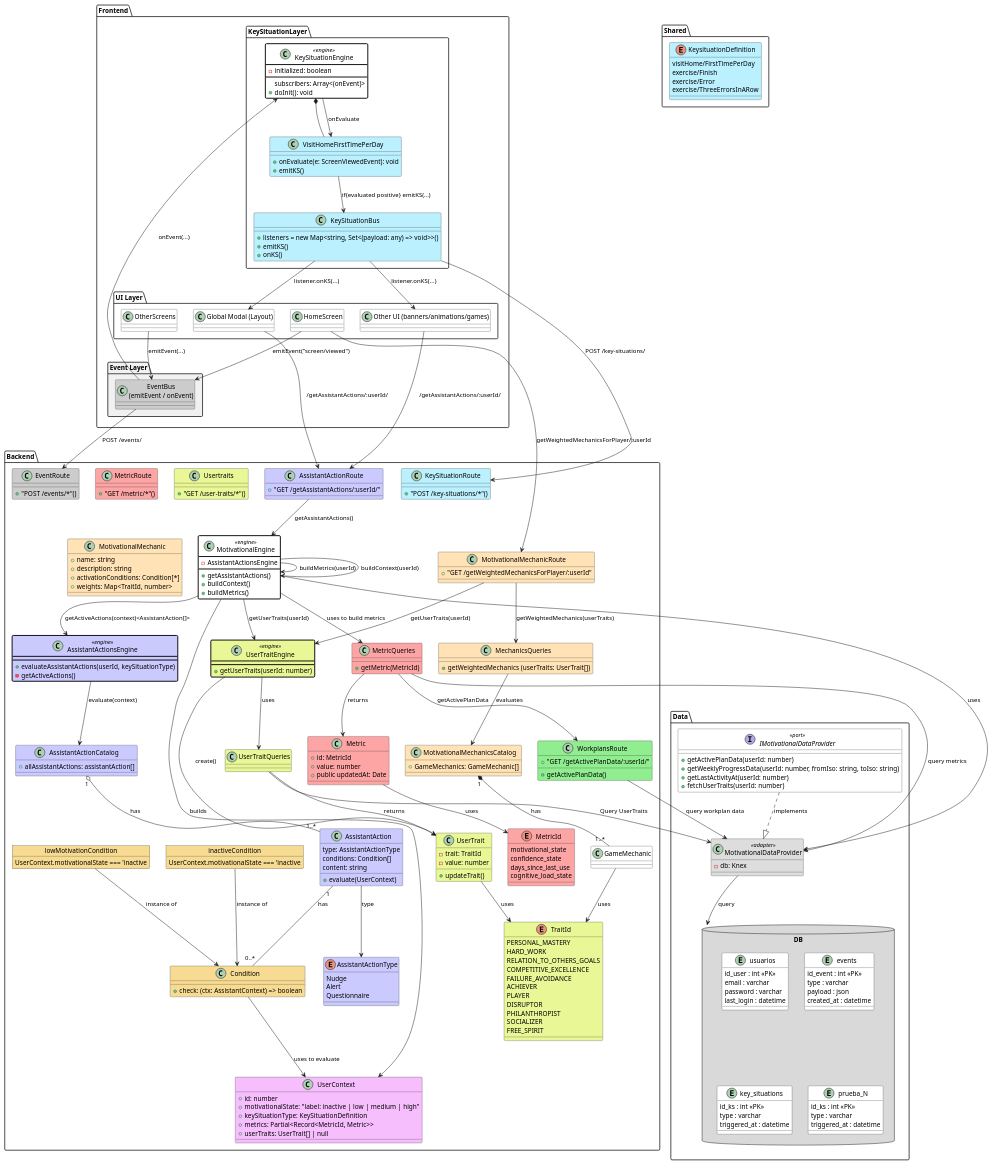
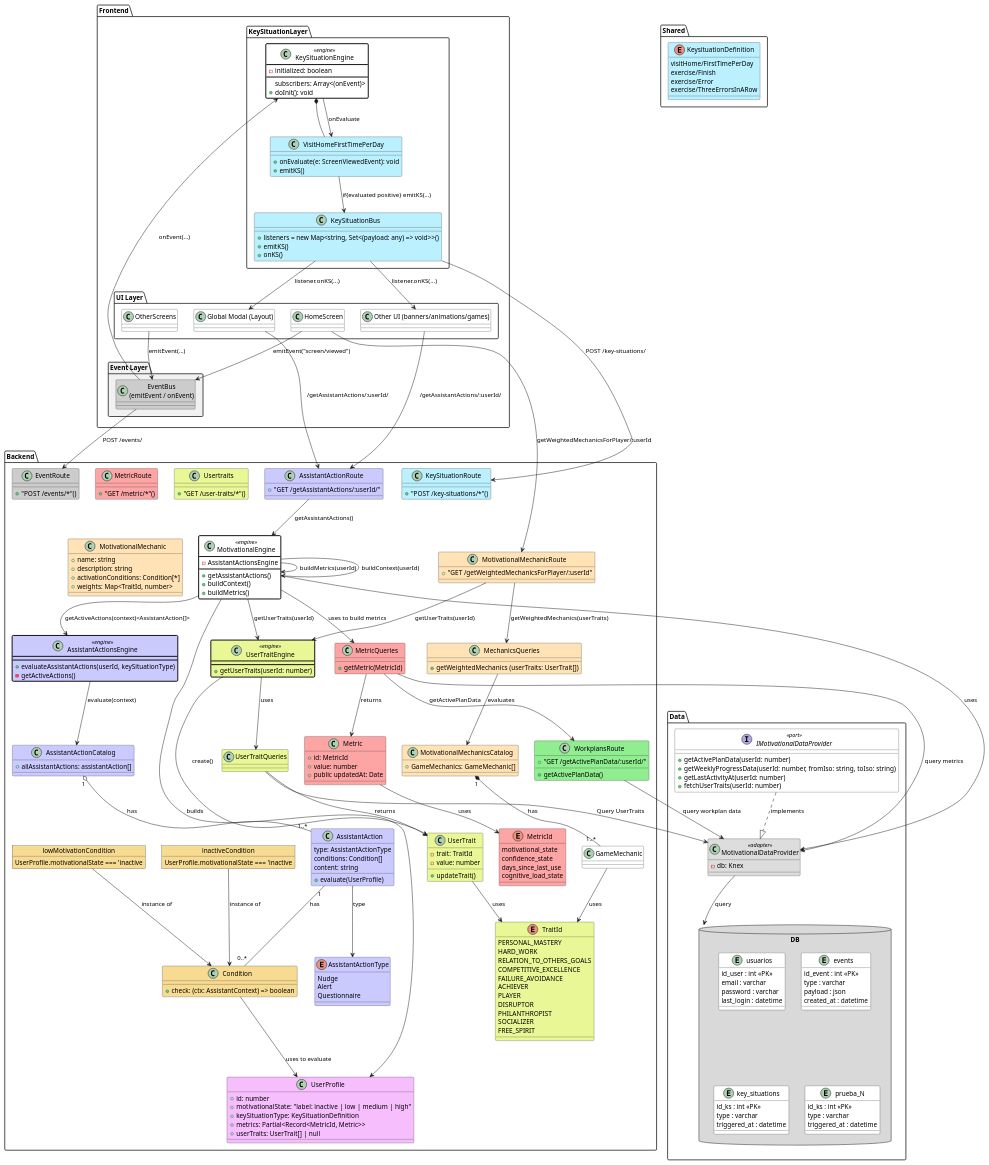
One commit to Maks-stack/ontology changed the first of 2 diagrams in Architecture/DetailedImplementationArchitecture.puml. Above: the diagram before and after it, drawn with PlantUML. The commit also changed 53 other files, not shown here.

```diff
--- a/Architecture/DetailedImplementationArchitecture.puml
+++ b/Architecture/DetailedImplementationArchitecture.puml
@@ -88,7 +88,7 @@
   class UserTraitQueries #eaf797ff {
   }
 
-  class UserContext #f7befeff {
+  class UserProfile #f7befeff {
     + id: number
     + motivationalState: "label: inactive | low |  medium | high"  
     + keySituationType: KeySituationDefinition
@@ -120,7 +120,7 @@
     type: AssistantActionType
 	  conditions: Condition[]
 	  content: string
-    + evaluate(UserContext)
+    + evaluate(UserProfile)
   }
   AssistantAction --> AssistantActionType : type
 
@@ -132,12 +132,12 @@
     +check: (ctx: AssistantContext) => boolean
   }
   object inactiveCondition #f8db92ff {
-    UserContext.motivationalState === 'inactive
+    UserProfile.motivationalState === 'inactive
   }
   inactiveCondition --> Condition : instance of
 
   object lowMotivationCondition #f8db92ff {
-    UserContext.motivationalState === 'inactive
+    UserProfile.motivationalState === 'inactive
   }
   lowMotivationCondition --> Condition : instance of
   
@@ -301,6 +301,6 @@
 
 MechanicsQueries --> MotivationalMechanicsCatalog : evaluates
 
-Condition --> UserContext : uses to evaluate
-MotivationalEngine --> UserContext : builds
+Condition --> UserProfile : uses to evaluate
+MotivationalEngine --> UserProfile : builds
 @enduml
```
